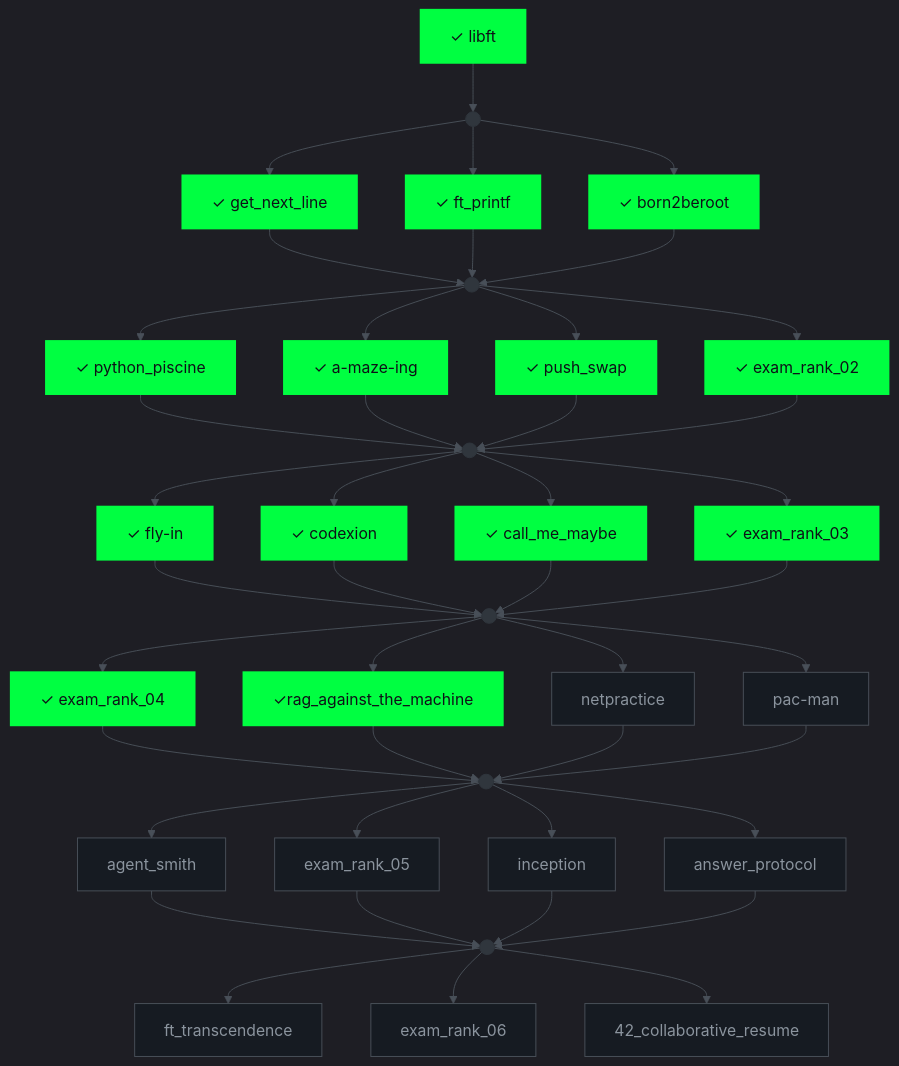
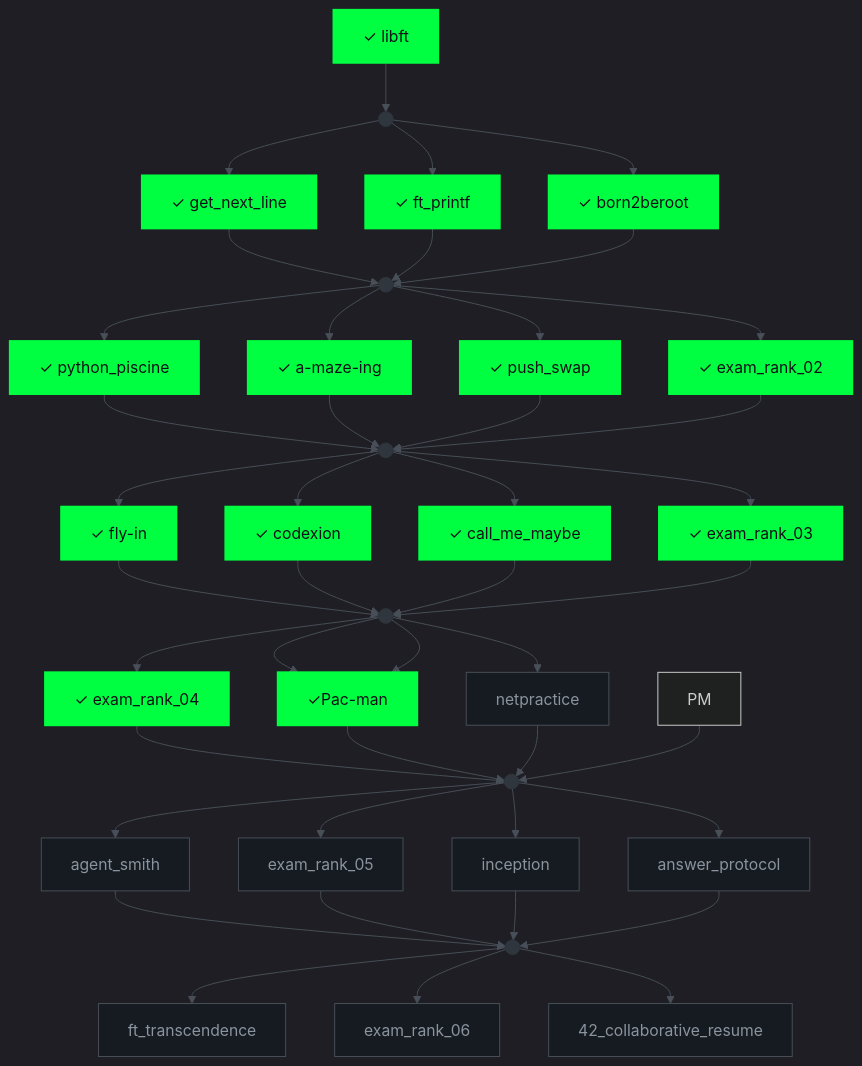
One commit to 0hmza/0hmza changed the diagram in README.md. Above: the diagram before and after it, drawn with Mermaid. The commit also changed other lines of this file, not shown here.

````diff
--- a/README.md
+++ b/README.md
@@ -53,60 +55,60 @@
 ```mermaid
 %%{init: {'theme':'dark','themeVariables':{'primaryColor':'#0D1117','primaryTextColor':'#C9D1D9','primaryBorderColor':'#30363D','lineColor':'#484F58','fontFamily':'monospace','fontSize':'16px'}}}%%
 graph TD
     LIB["✓ libft"]:::done --> G0((" ")):::gate
     G0 --> GNL["✓ get_next_line"]:::done
     G0 --> FP["✓ ft_printf"]:::done
     G0 --> B2B["✓ born2beroot"]:::done
 
     GNL --> G1((" ")):::gate
     FP --> G1
     B2B --> G1
 
     G1 --> PY["✓ python_piscine"]:::done
     G1 --> AM["✓ a-maze-ing"]:::done
     G1 --> PS["✓ push_swap"]:::done
     G1 --> E2["✓ exam_rank_02"]:::done
 
     PY --> G2((" ")):::gate
     AM --> G2
     PS --> G2
     E2 --> G2
 
     G2 --> FI["✓ fly-in"]:::done
     G2 --> CX["✓ codexion"]:::done
     G2 --> CMM["✓ call_me_maybe"]:::done
     G2 --> E3["✓ exam_rank_03"]:::done
 
     FI --> G3((" ")):::gate
     CX --> G3
     CMM --> G3
     E3 --> G3
 
     G3 --> E4["✓ exam_rank_04"]:::done
     G3 --> RAG["✓rag_against_the_machine"]:::done
+    G3 --> RAG["✓Pac-man"]:::done
     G3 --> NP["netpractice"]:::todo
-    G3 --> PM["pac-man"]:::todo
 
     E4 --> G4((" ")):::gate
     RAG --> G4
     NP --> G4
     PM --> G4
 
     G4 --> AS["agent_smith"]:::todo
     G4 --> E5["exam_rank_05"]:::todo
     G4 --> INC["inception"]:::todo
     G4 --> AP["answer_protocol"]:::todo
 
     AS --> G5((" ")):::gate
     E5 --> G5
     INC --> G5
     AP --> G5
 
     G5 --> FT["ft_transcendence"]:::todo
     G5 --> E6["exam_rank_06"]:::todo
     G5 --> CR["42_collaborative_resume"]:::todo
 
     classDef done fill:#00FF41,stroke:#00FF41,color:#0D1117,stroke-width:2px
     classDef todo fill:#161B22,stroke:#484F58,color:#8B949E
     classDef gate fill:#30363D,stroke:#30363D,color:#30363D
 ```
````
